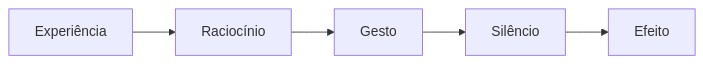
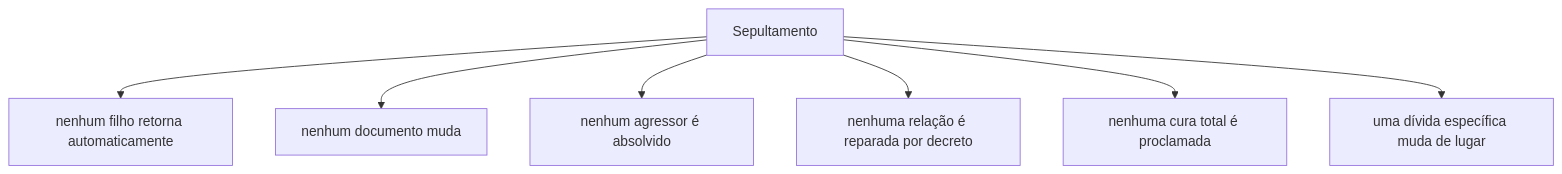
One commit to Sollimastudio/trilogia-sol-lima changed the fifth of 6 diagrams in 01_MORTE_EM_VIDA/MAPA_VISUAL_PARTE_IV_ATUAL.md. Above: the diagram before and after it, drawn with Mermaid. The commit also changed other lines of this file, not shown here.

````diff
--- a/01_MORTE_EM_VIDA/MAPA_VISUAL_PARTE_IV_ATUAL.md
+++ b/01_MORTE_EM_VIDA/MAPA_VISUAL_PARTE_IV_ATUAL.md
@@ -59,7 +59,9 @@
 ```mermaid
-flowchart LR
-A[Experiência] --> B[Raciocínio]
-B --> C[Gesto]
-C --> D[Silêncio]
-D --> E[Efeito]
+flowchart TD
+A[Sepultamento] --> B[nenhum filho retorna automaticamente]
+A --> C[nenhum documento muda]
+A --> D[nenhum agressor é absolvido]
+A --> E[nenhuma relação é reparada por decreto]
+A --> F[nenhuma cura total é proclamada]
+A --> G[uma dívida específica muda de lugar]
 ```
````
